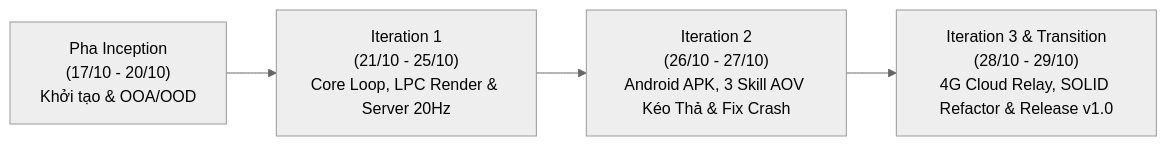
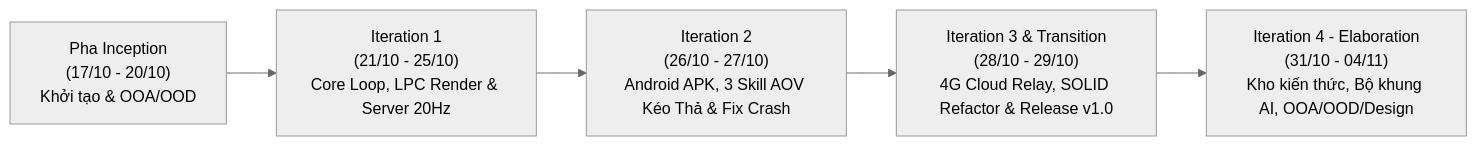
Before and after one commit to Tran1209/UML-Patterns-Mastery: the diagram in Docs_BaoCao/1_QuanLy_Nhom_Va_NhatKy/01_NhatKy_TienDo_Va_SuaLoi.md, drawn with Mermaid (neutral theme). The commit also changed other lines of this file and 3 other files, not shown here.

Commit message:
docs(plan,journal): add 4-day roadmap (01/11-04/11) for book knowledge base, 4 summaries, AI framework, and OOA/OOD/Design

````diff
--- a/Docs_BaoCao/1_QuanLy_Nhom_Va_NhatKy/01_NhatKy_TienDo_Va_SuaLoi.md
+++ b/Docs_BaoCao/1_QuanLy_Nhom_Va_NhatKy/01_NhatKy_TienDo_Va_SuaLoi.md
@@ -53,6 +53,7 @@
 ```mermaid
 flowchart LR
     I["Pha Inception<br>(17/10 - 20/10)<br>Khởi tạo & OOA/OOD"] --> E1["Iteration 1<br>(21/10 - 25/10)<br>Core Loop, LPC Render & Server 20Hz"]
     E1 --> E2["Iteration 2<br>(26/10 - 27/10)<br>Android APK, 3 Skill AOV Kéo Thả & Fix Crash"]
     E2 --> C["Iteration 3 & Transition<br>(28/10 - 29/10)<br>4G Cloud Relay, SOLID Refactor & Release v1.0"]
+    C --> E4["Iteration 4 - Elaboration<br>(31/10 - 04/11)<br>Kho kiến thức, Bộ khung AI, OOA/OOD/Design"]
 ```
````
